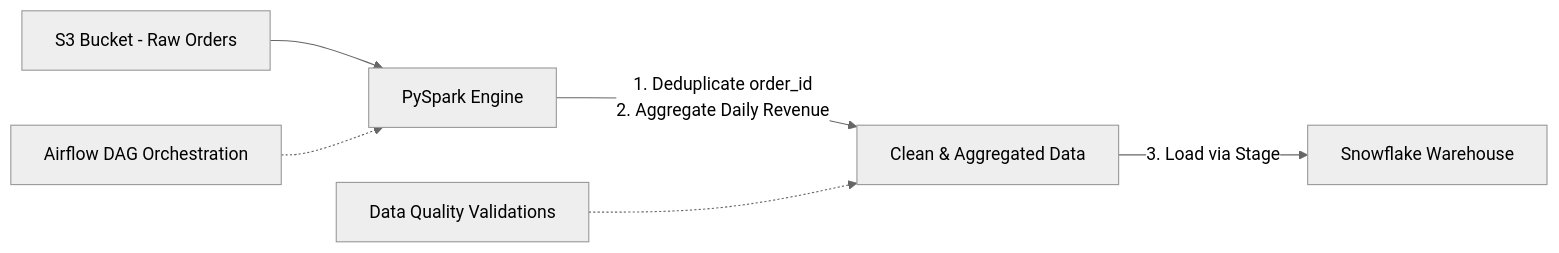
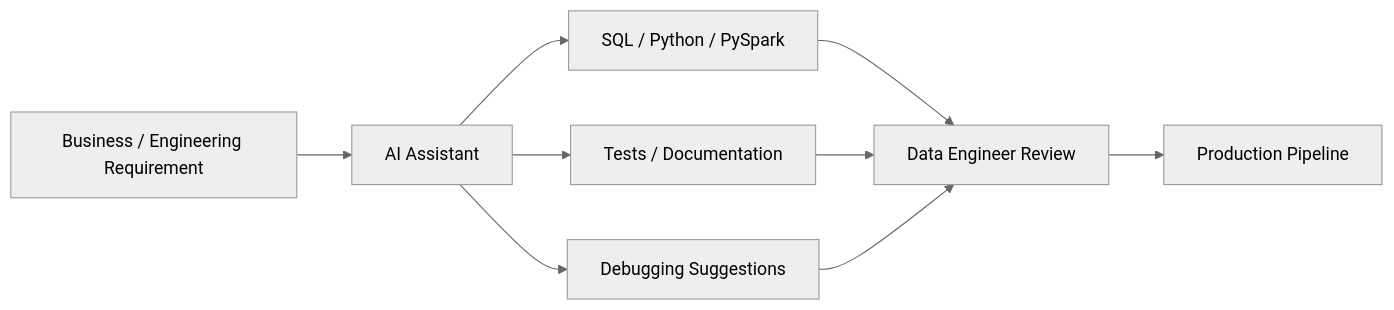
One commit to rohanhrk/data-engineering-notes-2026 changed the first of 31 diagrams in Module_07-AI Fundamentals For DE/Class 1 - AI Fundamentals/AI_Fundamentals_For_Data_Engineering.md. Above: the diagram before and after it, drawn with Mermaid (neutral theme). The commit also changed other lines of this file and 3 other files, not shown here.

````diff
--- a/Module_07-AI Fundamentals For DE/Class 1 - AI Fundamentals/AI_Fundamentals_For_Data_Engineering.md
+++ b/Module_07-AI Fundamentals For DE/Class 1 - AI Fundamentals/AI_Fundamentals_For_Data_Engineering.md
@@ -33,8 +19,11 @@
-```mermaid
+``` mermaid
 flowchart LR
-    A[S3 Bucket - Raw Orders] --> B[PySpark Engine]
-    B -->|1. Deduplicate order_id<br/>2. Aggregate Daily Revenue| C[Clean & Aggregated Data]
-    C -->|3. Load via Stage| D[Snowflake Warehouse]
-    E[Airflow DAG Orchestration] -.-> B
-    F[Data Quality Validations] -.-> C
+    A[Business / Engineering Requirement] --> B[AI Assistant]
+    B --> C[SQL / Python / PySpark]
+    B --> D[Tests / Documentation]
+    B --> E[Debugging Suggestions]
+    C --> F[Data Engineer Review]
+    D --> F
+    E --> F
+    F --> G[Production Pipeline]
 ```
````
